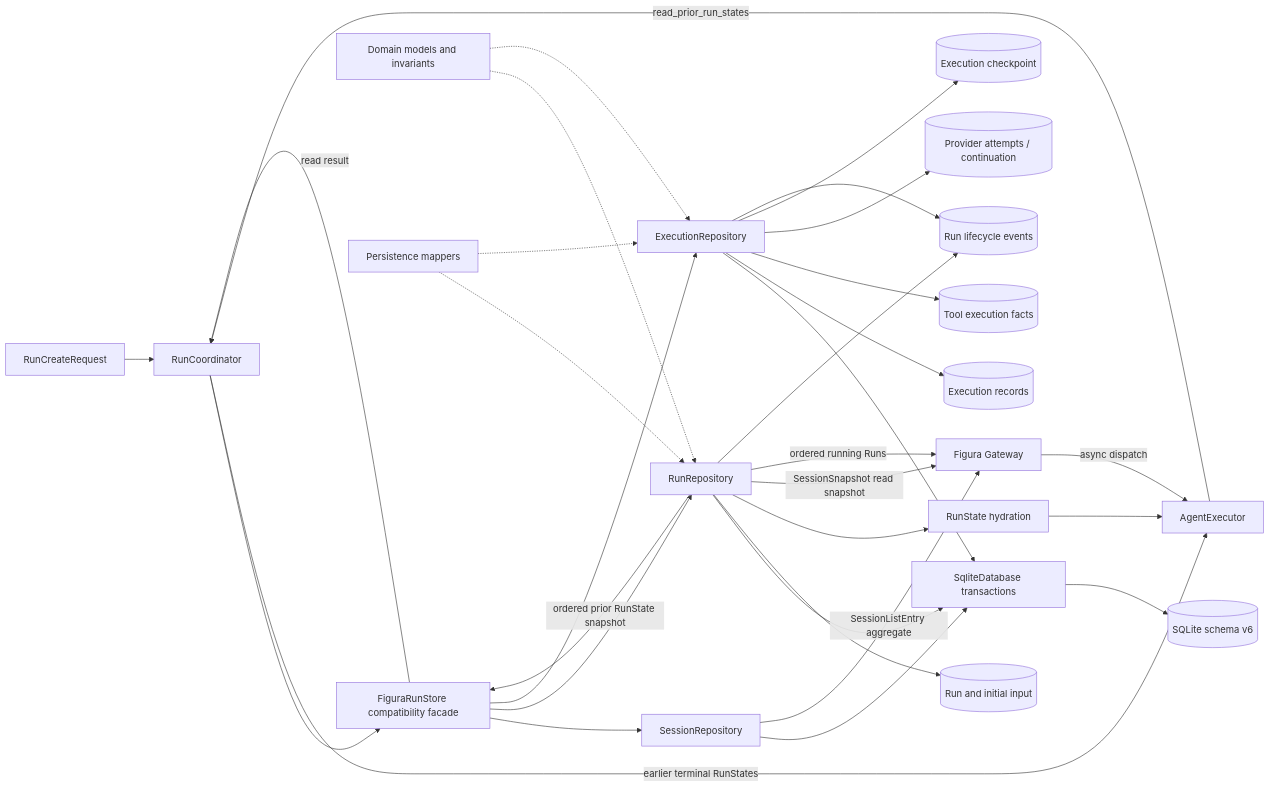
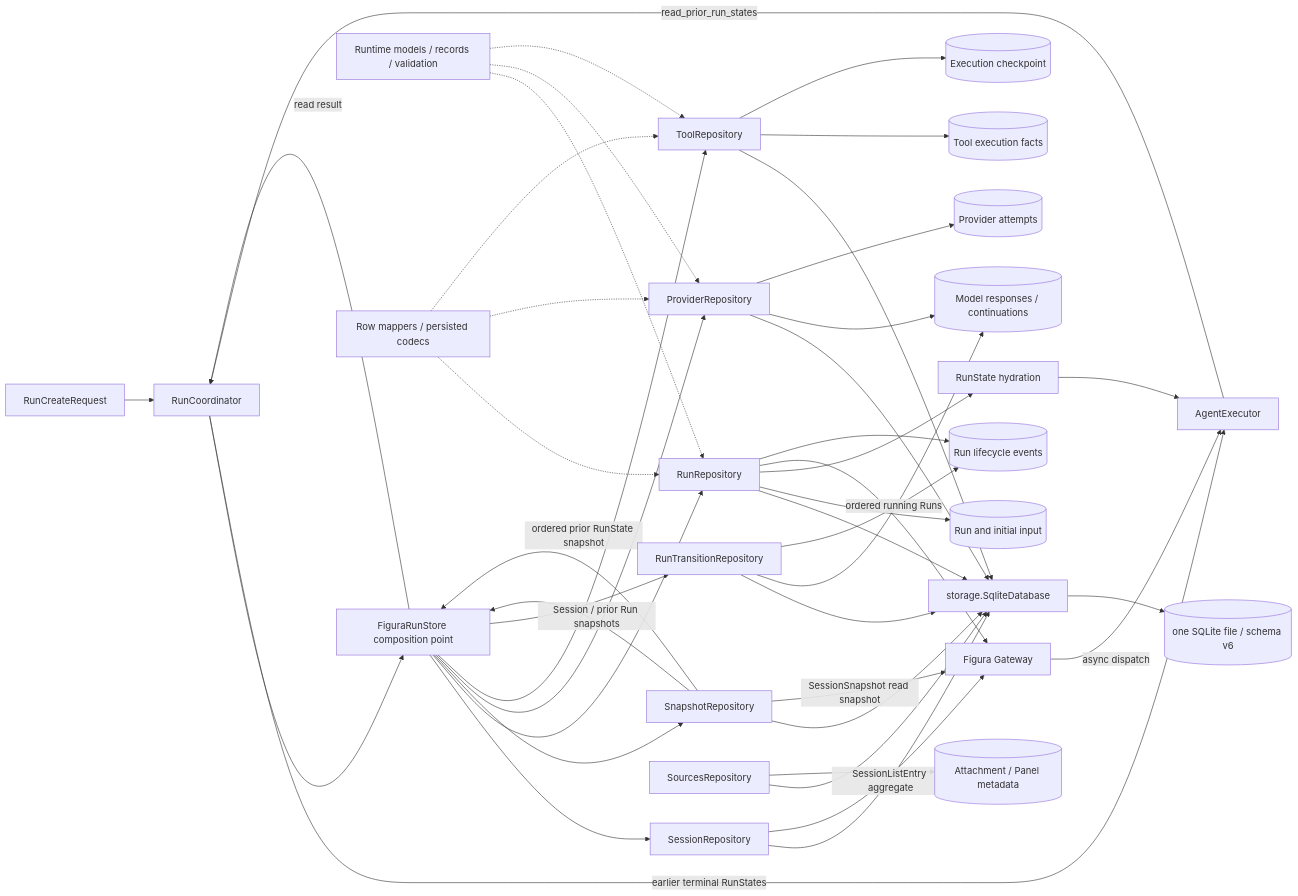
Before and after one commit to YeZibn/Figura: the diagram in docs/figura/runtime.md, drawn with Mermaid. The commit also changed other lines of this file and 86 other files, not shown here.

````diff
--- a/docs/figura/runtime.md
+++ b/docs/figura/runtime.md
@@ -9,33 +9,45 @@
 ```mermaid
 flowchart LR
     Create[RunCreateRequest] --> Coordinator[RunCoordinator]
-    Coordinator --> Store[FiguraRunStore compatibility facade]
+    Coordinator --> Store[FiguraRunStore composition point]
     Store --> SessionRepo[SessionRepository]
     Store --> RunRepo[RunRepository]
-    Store --> ExecutionRepo[ExecutionRepository]
-    SessionRepo --> Database[SqliteDatabase transactions]
+    Store --> SnapshotRepo[SnapshotRepository]
+    Store --> ProviderRepo[ProviderRepository]
+    Store --> ToolRepo[ToolRepository]
+    Store --> TransitionRepo[RunTransitionRepository]
+    SessionRepo --> Database[storage.SqliteDatabase]
     RunRepo --> Database
-    ExecutionRepo --> Database
-    Database --> SQLite[(SQLite schema v6)]
+    SnapshotRepo --> Database
+    ProviderRepo --> Database
+    ToolRepo --> Database
+    TransitionRepo --> Database
+    SourceRepo[SourcesRepository] --> Database
+    Database --> SQLite[(one SQLite file / schema v6)]
     RunRepo --> Run[(Run and initial input)]
     RunRepo --> State[RunState hydration]
+    SnapshotRepo -->|Session / prior Run snapshots| Store
     SessionRepo -->|SessionListEntry aggregate| Gateway[Figura Gateway]
-    RunRepo -->|SessionSnapshot read snapshot| Gateway
+    SnapshotRepo -->|SessionSnapshot read snapshot| Gateway
     RunRepo -->|ordered running Runs| Gateway
     Gateway -->|async dispatch| Agent
     Agent -->|read_prior_run_states| Coordinator
-    RunRepo -->|ordered prior RunState snapshot| Store
+    SnapshotRepo -->|ordered prior RunState snapshot| Store
     Store -->|read result| Coordinator
     Coordinator -->|earlier terminal RunStates| Agent
-    ExecutionRepo --> Records[(Execution records)]
-    ExecutionRepo --> ToolFacts[(Tool execution facts)]
-    ExecutionRepo --> Attempts[(Provider attempts / continuation)]
-    ExecutionRepo --> Checkpoint[(Execution checkpoint)]
+    ProviderRepo --> Records[(Model responses / continuations)]
+    ProviderRepo --> Attempts[(Provider attempts)]
+    ToolRepo --> ToolFacts[(Tool execution facts)]
+    ToolRepo --> Checkpoint[(Execution checkpoint)]
     RunRepo --> Events[(Run lifecycle events)]
-    ExecutionRepo --> Events
-    Domain[Domain models and invariants] -.-> RunRepo
-    Domain -.-> ExecutionRepo
-    Mappers[Persistence mappers] -.-> RunRepo
-    Mappers -.-> ExecutionRepo
+    TransitionRepo --> Records
+    TransitionRepo --> Events
+    SourceRepo --> SourceFacts[(Attachment / Panel metadata)]
+    Domain[Runtime models / records / validation] -.-> RunRepo
+    Domain -.-> ProviderRepo
+    Domain -.-> ToolRepo
+    Mappers[Row mappers / persisted codecs] -.-> RunRepo
+    Mappers -.-> ProviderRepo
+    Mappers -.-> ToolRepo
     State --> Agent[AgentExecutor]
 ```
````
